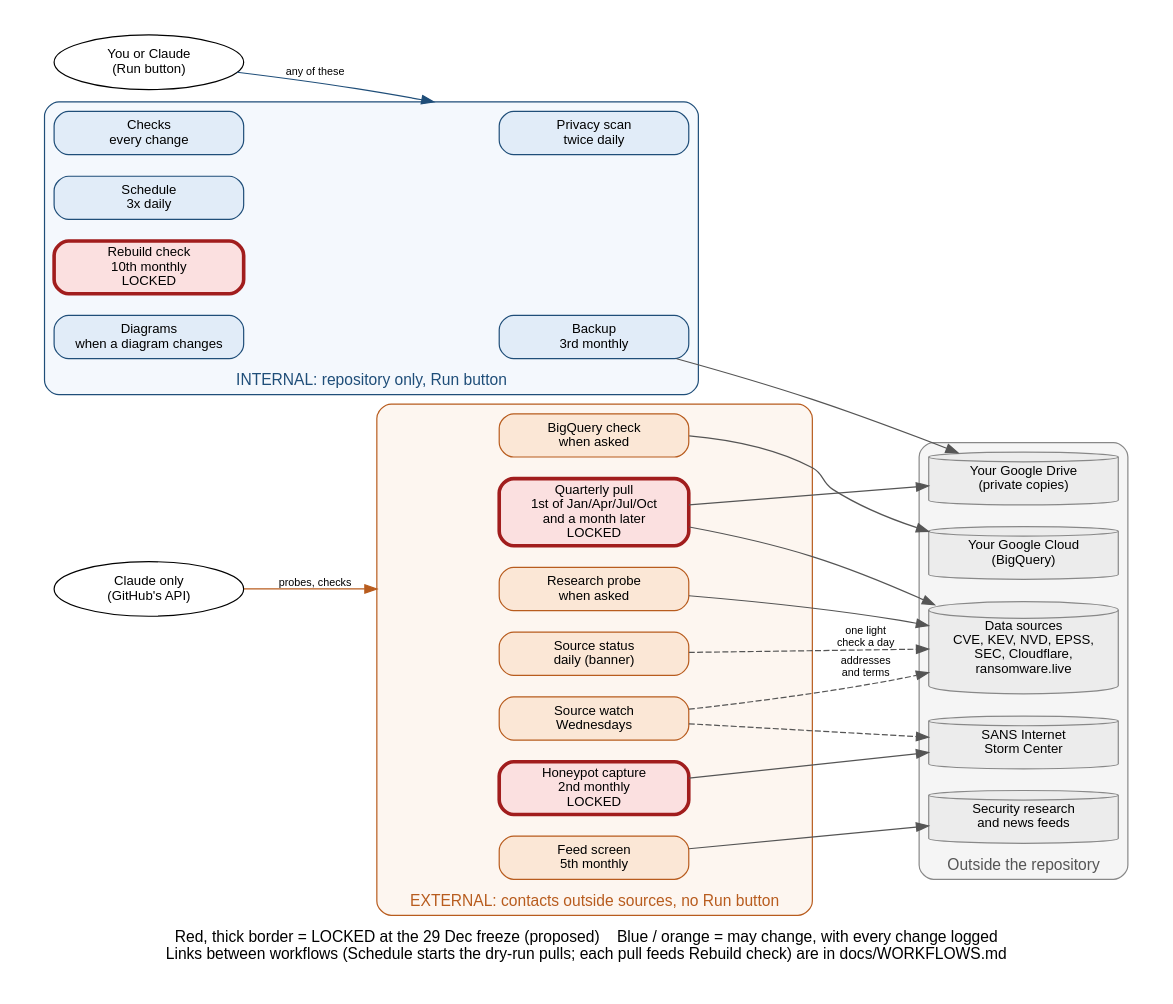
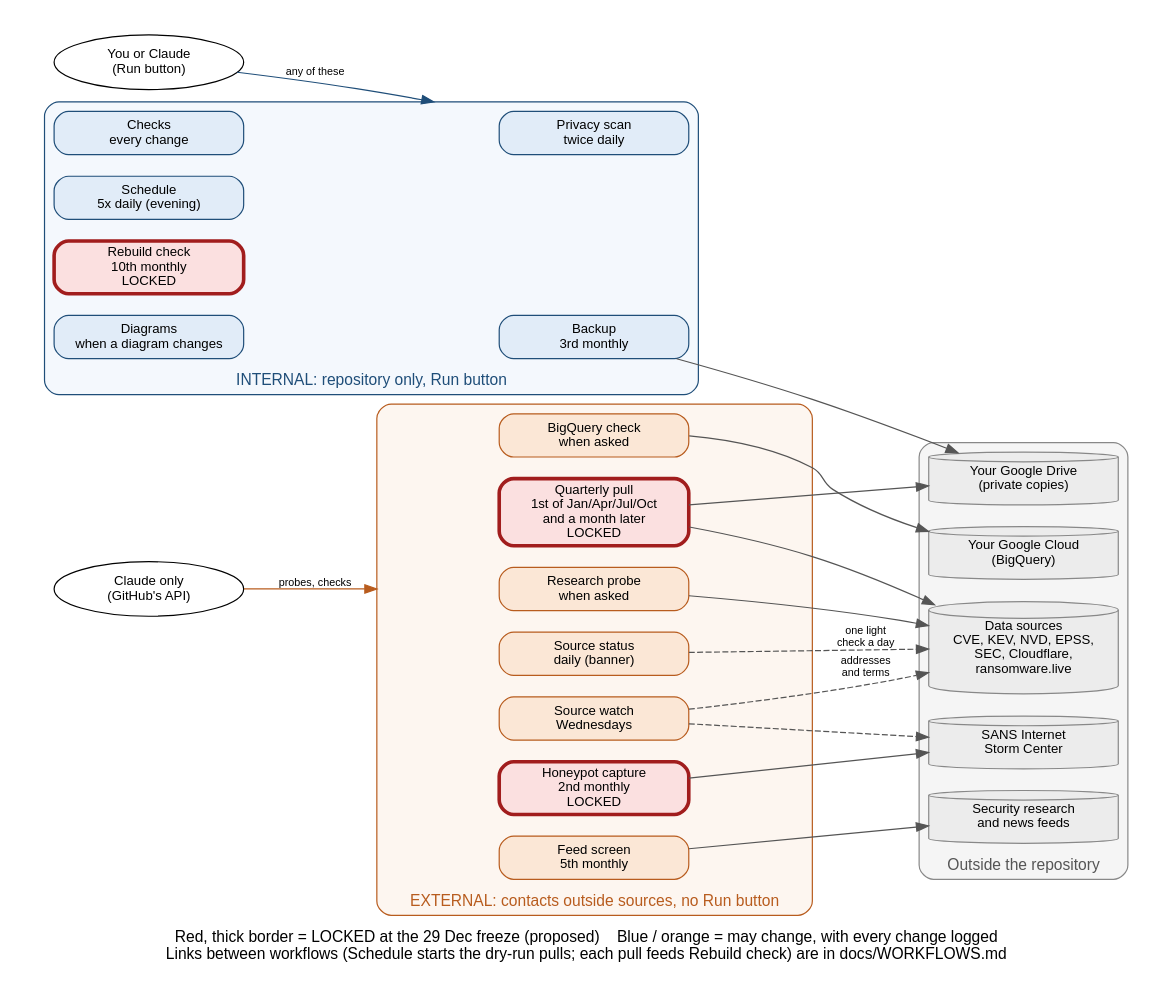
The diagram in docs/diagrams/workflow_runs.dot (pagagne/internet-security-snapshot), drawn with Graphviz before and after one commit. The commit also changed 9 other files, not shown here.

First line of the commit message:
Sync flow diagrams (now and after the 29 Dec lock) in the SOP, sync review checklist and operations guide; SOP watchdog text updated for late timers; workflow diagram shows Schedule 5x daily; diagrams re-stamped

```diff
--- a/docs/diagrams/workflow_runs.dot
+++ b/docs/diagrams/workflow_runs.dot
@@ -1,54 +1,54 @@
 // Workflows: internal (Run button) vs external (API only, no button), and the proposed lock at
 // the 29 Dec 2026 freeze (decision item 22: draft lock list 14 Dec, author's review 18 Dec,
 // decided 21 Dec). Source of truth: docs/WORKFLOWS.md and docs/SOP_MANUAL_RUNS.md.
 // Render: dot -Tpng -Gdpi=150 docs/diagrams/workflow_runs.dot -o docs/diagrams/workflow_runs.png
 digraph workflows {
   graph [rankdir=LR, fontname="Helvetica", fontsize=13, nodesep=0.25, ranksep=0.7, newrank=true, compound=true, pad=0.3,
          label="Red, thick border = LOCKED at the 29 Dec freeze (proposed)    Blue / orange = may change, with every change logged\nLinks between workflows (Schedule starts the dry-run pulls; each pull feeds Rebuild check) are in docs/WORKFLOWS.md",
          labelloc=b];
   node  [fontname="Helvetica", fontsize=11, shape=box, style="rounded,filled", width=2.2];
   edge  [fontname="Helvetica", fontsize=9, color="#555555"];
 
   you    [label="You or Claude\n(Run button)", shape=oval, fillcolor="#ffffff"];
   claude [label="Claude only\n(GitHub's API)", shape=oval, fillcolor="#ffffff"];
 
   subgraph cluster_int {
     label="INTERNAL: repository only, Run button"; style="rounded,filled"; fillcolor="#f4f8fd"; color="#1f4e79"; fontcolor="#1f4e79";
     node [fillcolor="#e1ecf8", color="#1f4e79"];
     checks  [label="Checks\nevery change"];
     privacy [label="Privacy scan\ntwice daily"];
-    sched   [label="Schedule\n3x daily"];
+    sched   [label="Schedule\n5x daily (evening)"];
     rebuild [label="Rebuild check\n10th monthly\nLOCKED", fillcolor="#fbe0e0", color="#a11d1d", penwidth=3];
     diag    [label="Diagrams\nwhen a diagram changes"];
     backup  [label="Backup\n3rd monthly"];
   }
 
   subgraph cluster_ext {
     label="EXTERNAL: contacts outside sources, no Run button"; style="rounded,filled"; fillcolor="#fdf6f0"; color="#b85c1e"; fontcolor="#b85c1e";
     node [fillcolor="#fbe7d6", color="#b85c1e"];
     pull  [label="Quarterly pull\n1st of Jan/Apr/Jul/Oct\nand a month later\nLOCKED", fillcolor="#fbe0e0", color="#a11d1d", penwidth=3];
     honey [label="Honeypot capture\n2nd monthly\nLOCKED", fillcolor="#fbe0e0", color="#a11d1d", penwidth=3];
     probe [label="Research probe\nwhen asked"];
     bq    [label="BigQuery check\nwhen asked"];
     feeds [label="Feed screen\n5th monthly"];
     watch [label="Source watch\nWednesdays"];
     status [label="Source status\ndaily (banner)"];
   }
 
   subgraph cluster_out {
     label="Outside the repository"; style="rounded,filled"; fillcolor="#f5f5f5"; color="#888888"; fontcolor="#555555";
     node [shape=cylinder, fillcolor="#ececec", color="#888888", style=filled];
     sources [label="Data sources\nCVE, KEV, NVD, EPSS,\nSEC, Cloudflare,\nransomware.live"];
     sans    [label="SANS Internet\nStorm Center"];
     gcp     [label="Your Google Cloud\n(BigQuery)"];
     drive   [label="Your Google Drive\n(private copies)"];
     news    [label="Security research\nand news feeds"];
   }
 
   // one column each: who starts it | the workflows | what they reach
   { rank=same; you; claude; }
     { rank=same; sources; sans; gcp; drive; news; }
   you -> privacy [lhead=cluster_int, color="#1f4e79", label="any of these"];
   claude -> probe [lhead=cluster_ext, color="#b85c1e", label="probes, checks"];
   pull -> sources; pull -> drive; probe -> sources; honey -> sans; bq -> gcp; backup -> drive; feeds -> news; watch -> sources [style=dashed, label="addresses\nand terms"]; watch -> sans [style=dashed]; status -> sources [style=dashed, label="one light\ncheck a day"];
 }
```
